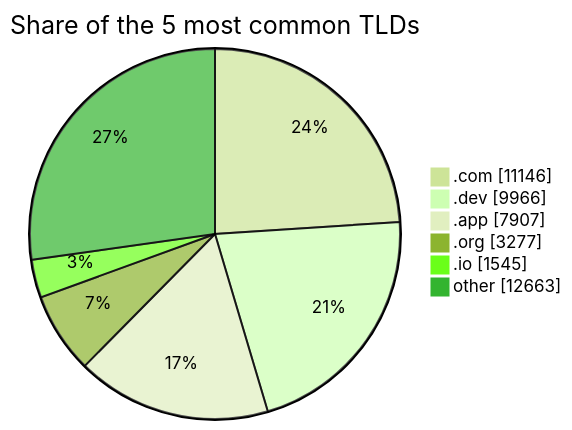
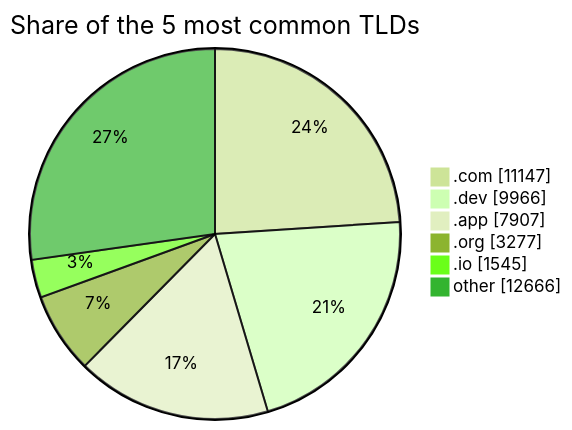
Before and after one commit to DNSBunker/CTI: the third of 3 diagrams in README.md, drawn with Mermaid (forest theme). The commit also changed other lines of this file and 3 other files, not shown here.

````diff
--- a/README.md
+++ b/README.md
@@ -81,9 +81,9 @@
 ```mermaid
 pie showData title Share of the 5 most common TLDs
-    ".com" : 11146
+    ".com" : 11147
     ".dev" : 9966
     ".app" : 7907
     ".org" : 3277
     ".io" : 1545
-    "other" : 12663
+    "other" : 12666
 ```
````
